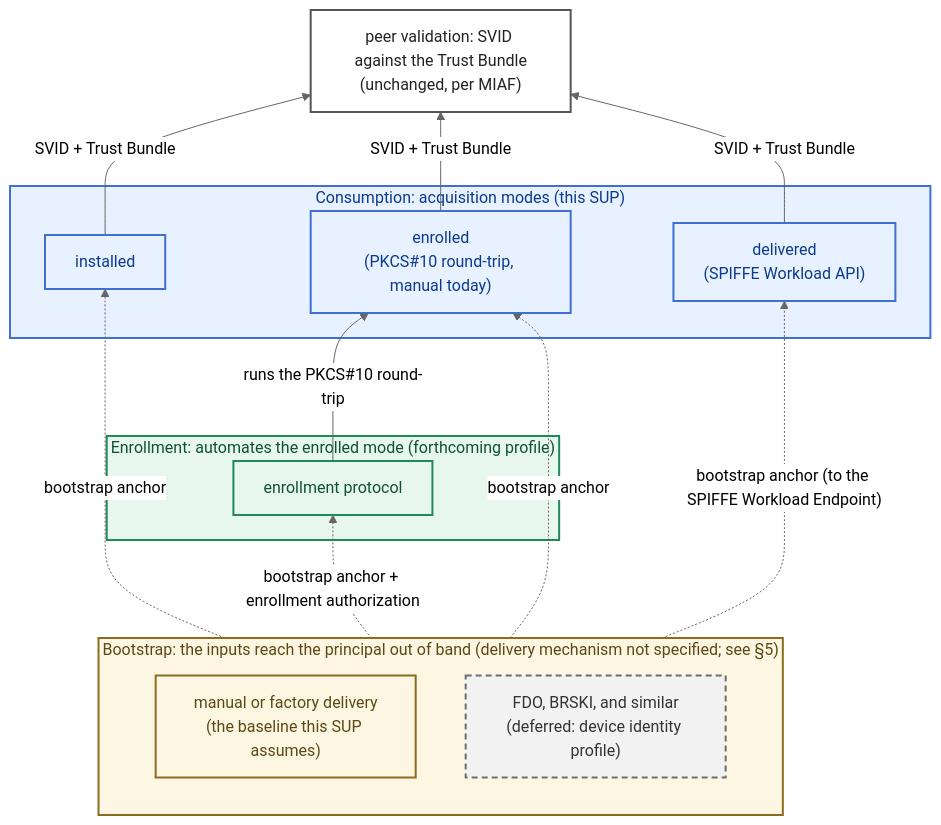
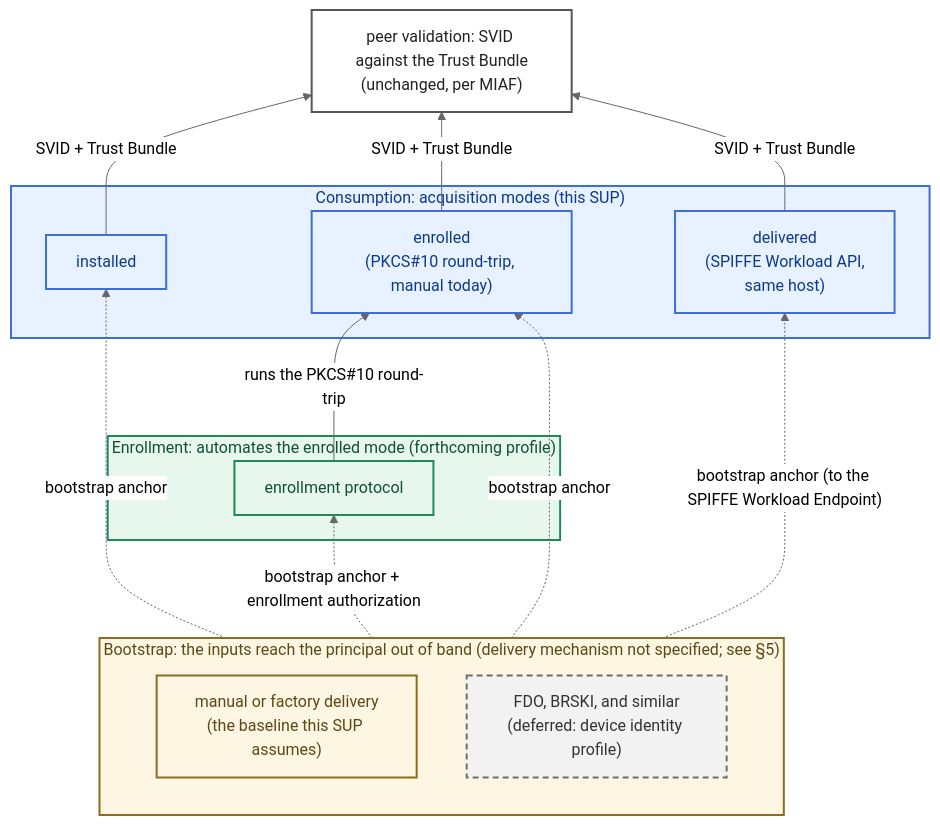
Before and after one commit to margo/specification-enhancements: the diagram in proposals/miaf-credential-provisioning-and-acquisition.md, drawn with Mermaid (neutral theme). The commit also changed other lines of this file, not shown here.

Commit message:
docs: fix the delivered mode and note the coming enrollment requirement

````diff
--- a/proposals/miaf-credential-provisioning-and-acquisition.md
+++ b/proposals/miaf-credential-provisioning-and-acquisition.md
@@ -76,35 +76,35 @@
 ```mermaid
 flowchart BT
     subgraph L3["Bootstrap: the inputs reach the principal out of band (delivery mechanism not specified; see §5)"]
         b1["manual or factory delivery<br/>(the baseline this SUP assumes)"]
         b2["FDO, BRSKI, and similar<br/>(deferred: device identity profile)"]
     end
     subgraph L2["Enrollment: automates the enrolled mode (forthcoming profile)"]
         e1["enrollment protocol"]
     end
     subgraph L1["Consumption: acquisition modes (this SUP)"]
         c1["installed"]
         c2["enrolled<br/>(PKCS#10 round-trip, manual today)"]
-        c3["delivered<br/>(SPIFFE Workload API)"]
+        c3["delivered<br/>(SPIFFE Workload API,<br/>same host)"]
     end
     L3 -.->|"bootstrap anchor + enrollment authorization"| e1
     L3 -.->|"bootstrap anchor"| c1
     L3 -.->|"bootstrap anchor"| c2
     L3 -.->|"bootstrap anchor (to the SPIFFE Workload Endpoint)"| c3
     e1 -->|"runs the PKCS#10 round-trip"| c2
     c1 -->|"SVID + Trust Bundle"| V["peer validation: SVID against the Trust Bundle<br/>(unchanged, per MIAF)"]
     c2 -->|"SVID + Trust Bundle"| V
     c3 -->|"SVID + Trust Bundle"| V
 
     classDef thisSup fill:#e8f1ff,stroke:#3f6fd1,stroke-width:2px,color:#0b3b8c;
     classDef future fill:#e8f7ee,stroke:#1f8a58,stroke-width:2px,color:#0f5132;
     classDef assumed fill:#fdf6e3,stroke:#8a6d1f,stroke-width:2px,color:#5c4813;
     classDef deferred fill:#f2f2f2,stroke:#6e6e6e,stroke-width:2px,stroke-dasharray:6 4,color:#333333;
     classDef unchanged fill:#ffffff,stroke:#555555,stroke-width:2px,color:#222222;
 
     class L1,c1,c2,c3 thisSup;
     class L2,e1 future;
     class L3,b1 assumed;
     class b2 deferred;
     class V unchanged;
 ```
````
